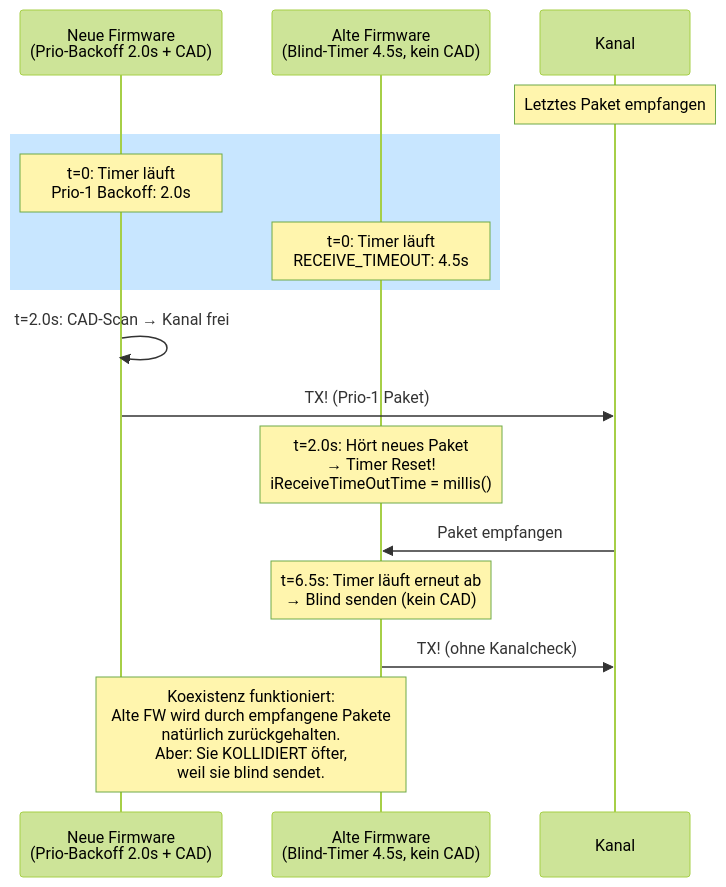
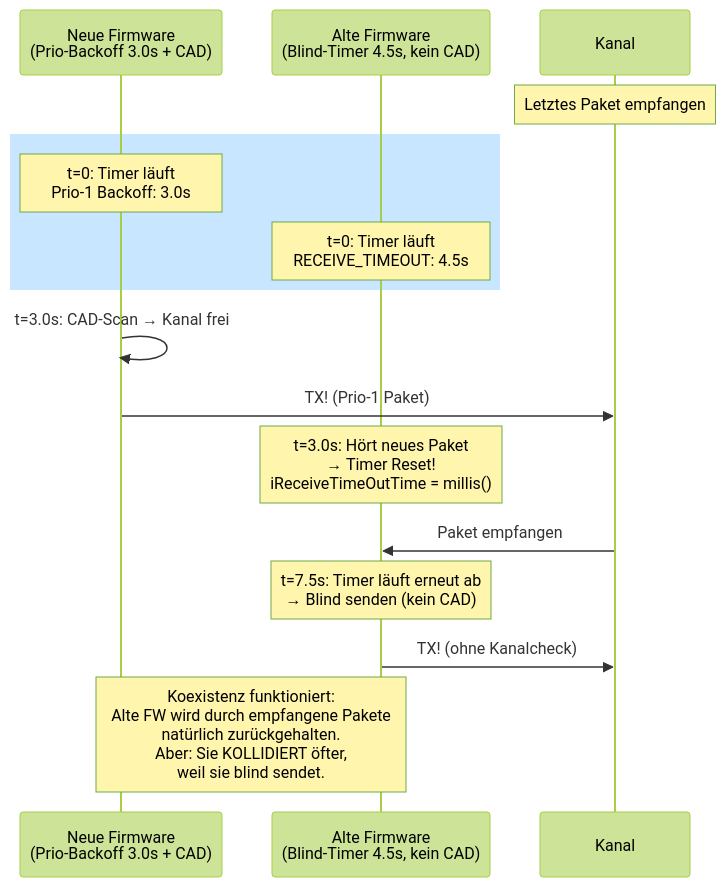
One commit to DK5EN/MeshCom-Firmware changed the third of 19 diagrams in README.md. Above: the diagram before and after it, drawn with Mermaid (forest theme). The commit also changed other lines of this file, not shown here.

First line of the commit message:
docs: CSMA-Backoff-Werte in README.md an Code angepasst

````diff
--- a/README.md
+++ b/README.md
@@ -266,25 +266,25 @@
 ```mermaid
 sequenceDiagram
-    participant NEW as Neue Firmware<br/>(Prio-Backoff 2.0s + CAD)
+    participant NEW as Neue Firmware<br/>(Prio-Backoff 3.0s + CAD)
     participant OLD as Alte Firmware<br/>(Blind-Timer 4.5s, kein CAD)
     participant CH as Kanal
 
     Note over CH: Letztes Paket empfangen
 
     rect rgb(200, 230, 255)
-        Note over NEW: t=0: Timer läuft<br/>Prio-1 Backoff: 2.0s
+        Note over NEW: t=0: Timer läuft<br/>Prio-1 Backoff: 3.0s
         Note over OLD: t=0: Timer läuft<br/>RECEIVE_TIMEOUT: 4.5s
     end
 
-    NEW->>NEW: t=2.0s: CAD-Scan → Kanal frei
+    NEW->>NEW: t=3.0s: CAD-Scan → Kanal frei
     NEW->>CH: TX! (Prio-1 Paket)
 
-    Note over OLD: t=2.0s: Hört neues Paket<br/>→ Timer Reset!<br/>iReceiveTimeOutTime = millis()
+    Note over OLD: t=3.0s: Hört neues Paket<br/>→ Timer Reset!<br/>iReceiveTimeOutTime = millis()
 
     CH->>OLD: Paket empfangen
 
-    Note over OLD: t=6.5s: Timer läuft erneut ab<br/>→ Blind senden (kein CAD)
+    Note over OLD: t=7.5s: Timer läuft erneut ab<br/>→ Blind senden (kein CAD)
     OLD->>CH: TX! (ohne Kanalcheck)
 
     Note over NEW,OLD: Koexistenz funktioniert:<br/>Alte FW wird durch empfangene Pakete<br/>natürlich zurückgehalten.<br/>Aber: Sie KOLLIDIERT öfter,<br/>weil sie blind sendet.
 ```
````
